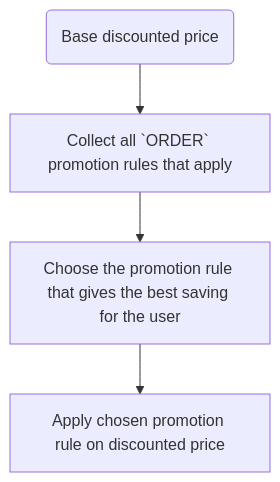
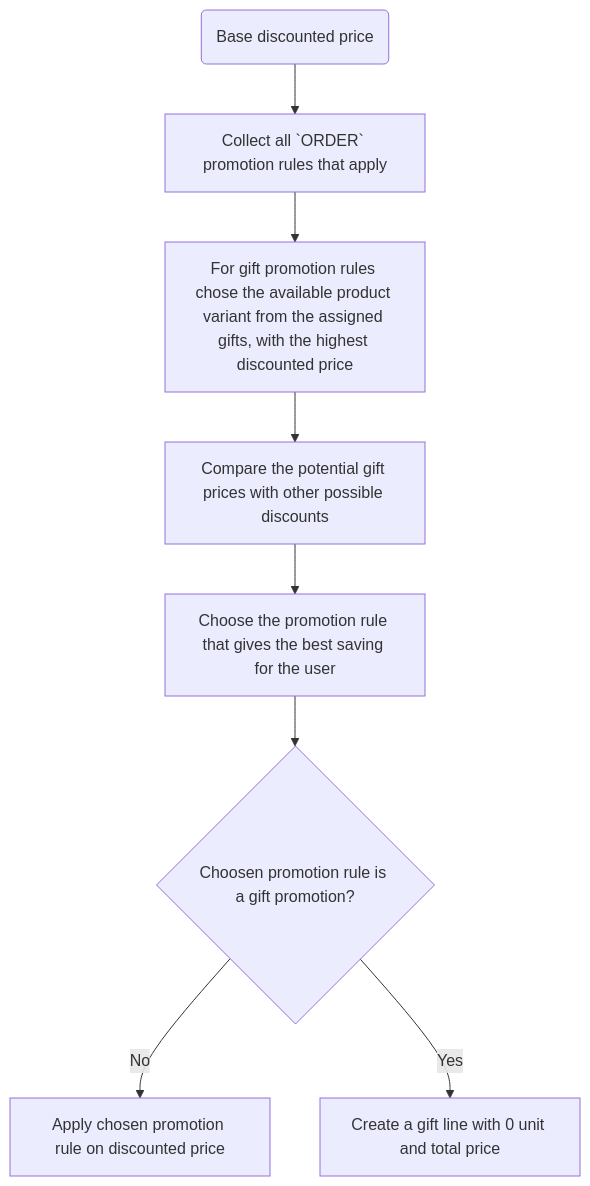
Before and after one commit to saleor/saleor-docs: the second of 2 diagrams in docs/developer/discounts/promotions.mdx, drawn with Mermaid. The commit also changed other lines of this file, not shown here.

Commit message:
Update promotion charts

````diff
--- a/docs/developer/discounts/promotions.mdx
+++ b/docs/developer/discounts/promotions.mdx
@@ -1369,6 +1367,10 @@
 ```mermaid
 graph TD
     A(Base discounted price) --> B[Collect all `ORDER` promotion rules that apply]
-    B --> C[Choose the promotion rule that gives the best saving for the user]
-    C --> D[Apply chosen promotion rule on discounted price]
+    B --> C[For gift promotion rules chose the available product variant from the assigned gifts, with the highest discounted price]
+    C --> E[Compare the potential gift prices with other possible discounts]
+    E --> F[Choose the promotion rule that gives the best saving for the user]
+    F --> G{Choosen promotion rule is a gift promotion?}
+    G -->|No| D[Apply chosen promotion rule on discounted price]
+    G -->|Yes| H[Create a gift line with 0 unit and total price]
 ```
````
